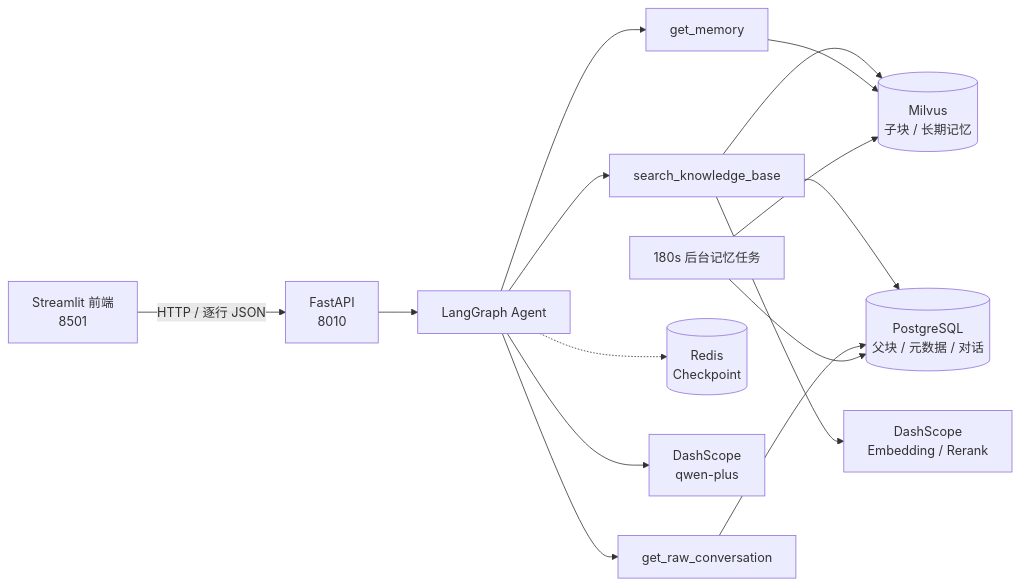
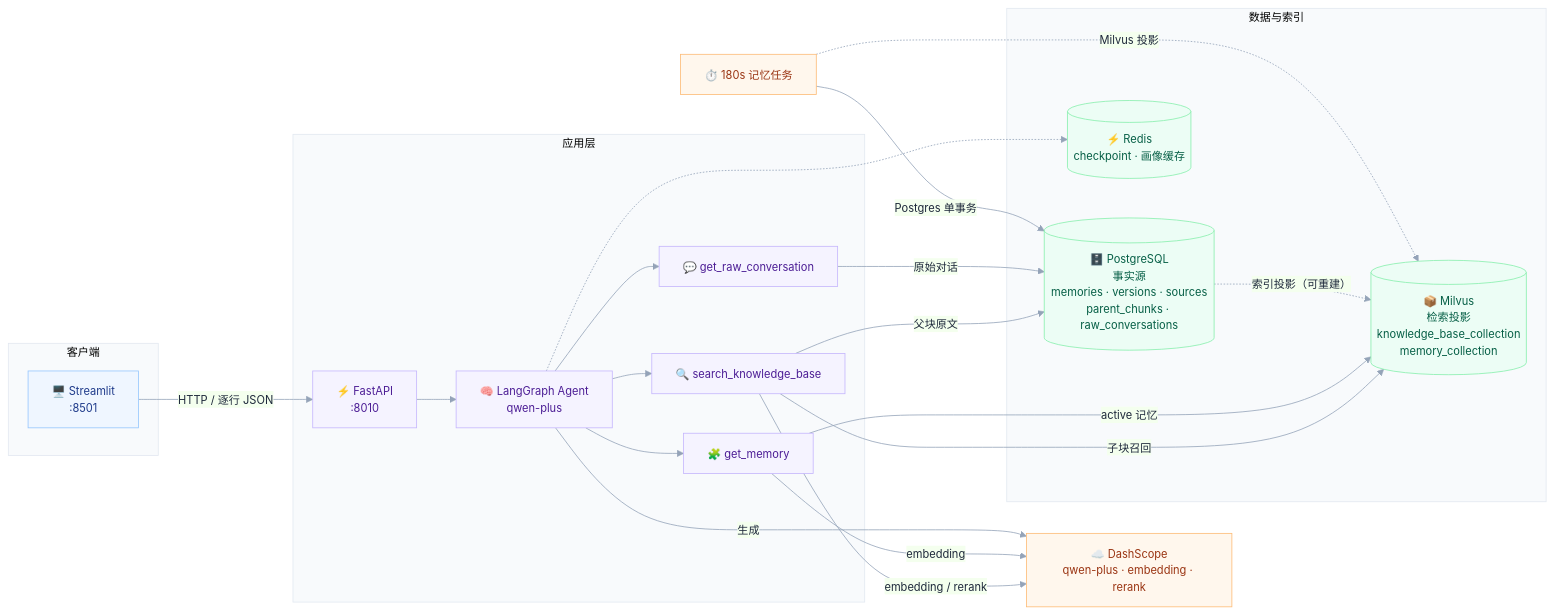
The diagram in README.md (wh-violet667/Mnemo), drawn with Mermaid before and after one commit. The commit also changed 1 other file, not shown here.

Commit message:
docs: refresh architecture diagram and remove unused image

````diff
--- a/README.md
+++ b/README.md
@@ -52,21 +52,52 @@
 ```mermaid
+%%{init: {"theme": "base", "themeVariables": {"fontFamily": "Inter, Segoe UI, sans-serif", "fontSize": "14px", "lineColor": "#94a3b8", "primaryColor": "#eef4ff", "primaryTextColor": "#1e293b", "primaryBorderColor": "#93c5fd", "clusterBkg": "#f8fafc", "clusterBorder": "#e2e8f0"}}}%%
 flowchart LR
-    UI["Streamlit 前端<br/>8501"] -->|"HTTP / 逐行 JSON"| API["FastAPI<br/>8010"]
-    API --> AGENT["LangGraph Agent"]
+    subgraph client["客户端"]
+        UI["🖥️ Streamlit<br/>:8501"]
+    end
 
-    AGENT --> T1["search_knowledge_base"]
-    AGENT --> T2["get_memory"]
-    AGENT --> T3["get_raw_conversation"]
+    subgraph app["应用层"]
+        API["⚡ FastAPI<br/>:8010"]
+        AGENT["🧠 LangGraph Agent<br/>qwen-plus"]
+        T1["🔍 search_knowledge_base"]
+        T2["🧩 get_memory"]
+        T3["💬 get_raw_conversation"]
+    end
 
-    T1 --> MV[("Milvus<br/>子块 / 长期记忆")]
-    T1 --> PG[("PostgreSQL<br/>父块 / 元数据 / 对话")]
-    T2 --> MV
-    T3 --> PG
+    subgraph data["数据与索引"]
+        PG[("🗄️ PostgreSQL<br/>事实源<br/>memories · versions · sources<br/>parent_chunks · raw_conversations")]
+        MV[("📦 Milvus<br/>检索投影<br/>knowledge_base_collection<br/>memory_collection")]
+        RD[("⚡ Redis<br/>checkpoint · 画像缓存")]
+    end
 
-    AGENT -.-> RD[("Redis<br/>Checkpoint")]
-    T1 --> DS["DashScope<br/>Embedding / Rerank"]
-    AGENT --> LLM["DashScope<br/>qwen-plus"]
+    EXT["☁️ DashScope<br/>qwen-plus · embedding · rerank"]
+    BG["⏱️ 180s 记忆任务"]
 
-    BG["180s 后台记忆任务"] --> PG
-    BG --> MV
+    UI -->|"HTTP / 逐行 JSON"| API
+    API --> AGENT
+    AGENT --> T1
+    AGENT --> T2
+    AGENT --> T3
+
+    T1 -->|"子块召回"| MV
+    T2 -->|"active 记忆"| MV
+    T1 -->|"父块原文"| PG
+    T3 -->|"原始对话"| PG
+    PG -.->|"索引投影（可重建）"| MV
+    AGENT -.-> RD
+
+    T1 -->|"embedding / rerank"| EXT
+    T2 -->|"embedding"| EXT
+    AGENT -->|"生成"| EXT
+    BG -->|"Postgres 单事务"| PG
+    BG -.->|"Milvus 投影"| MV
+
+    classDef client fill:#eff6ff,stroke:#93c5fd,color:#1e3a8a
+    classDef app fill:#f5f3ff,stroke:#c4b5fd,color:#4c1d95
+    classDef data fill:#ecfdf5,stroke:#86efac,color:#065f46
+    classDef ext fill:#fff7ed,stroke:#fdba74,color:#9a3412
+    class UI client
+    class API,AGENT,T1,T2,T3 app
+    class PG,MV,RD data
+    class EXT,BG ext
 ```
````
